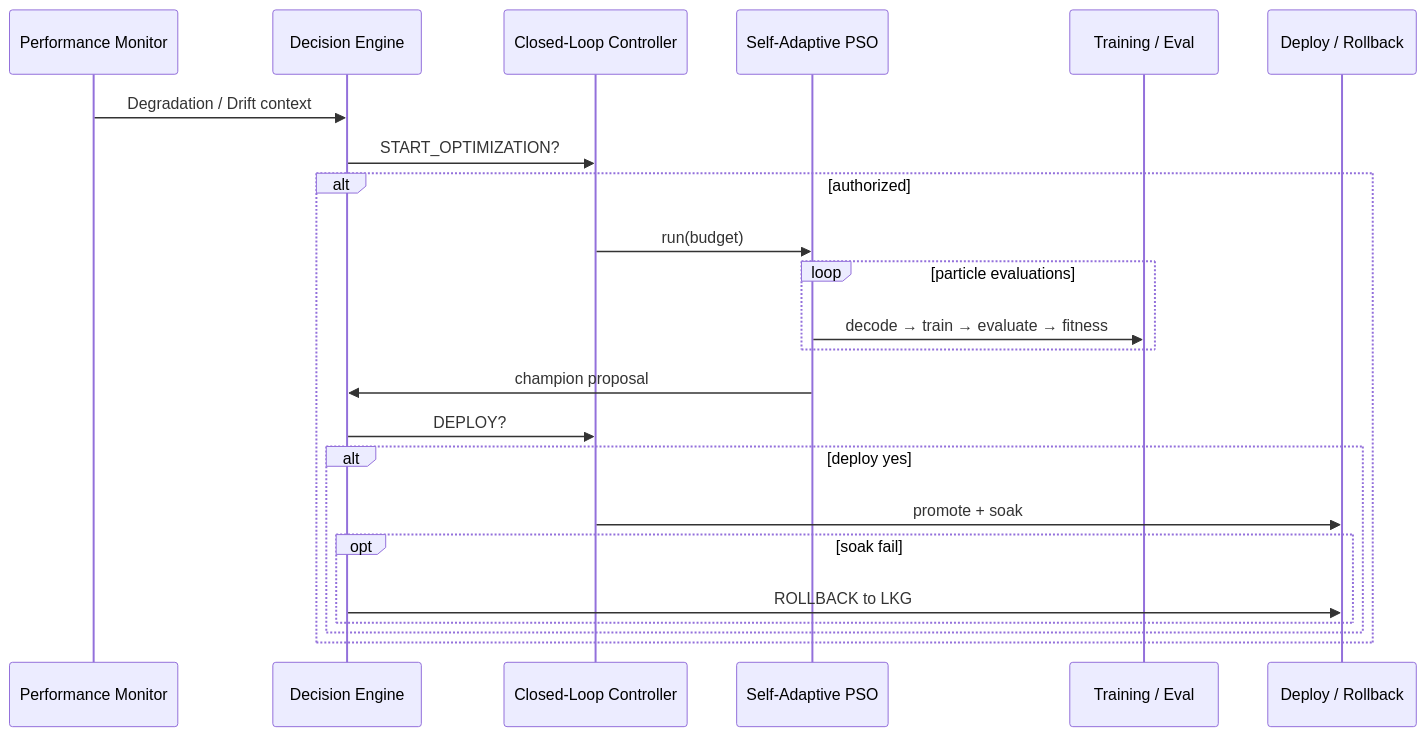
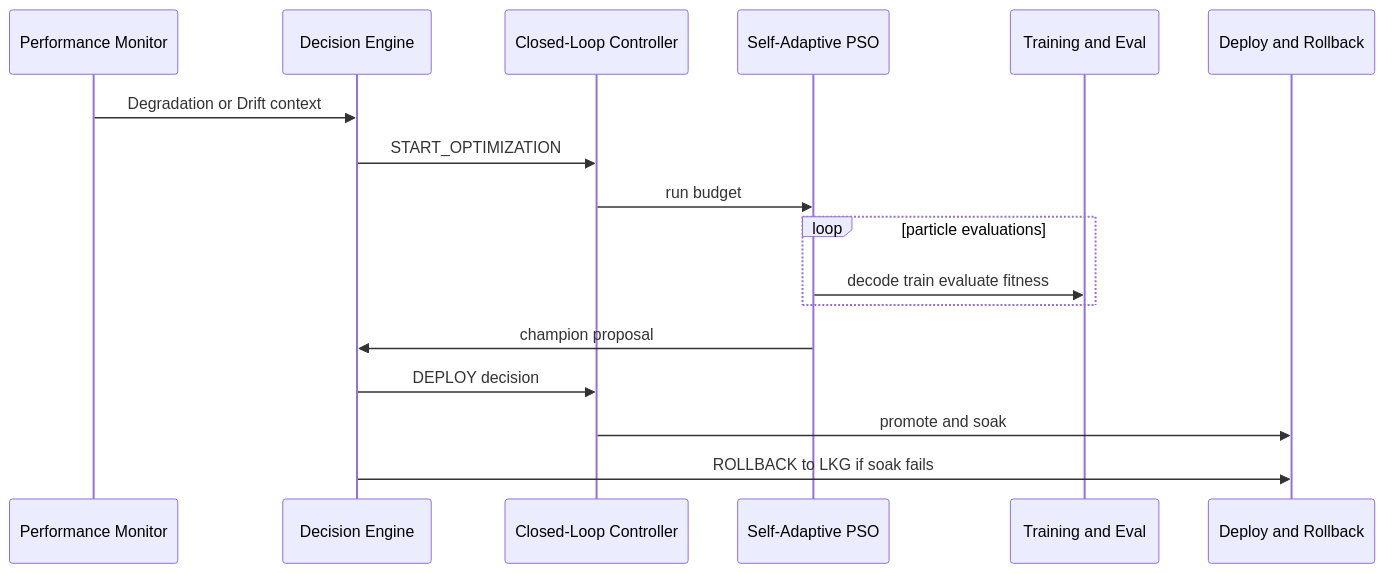
The third of 6 diagrams in README.md (CoderAnush/EvoNAS), drawn with Mermaid before and after one commit. The commit also changed other lines of this file, not shown here.

First line of the commit message:
Fix Mermaid diagrams for GitHub rendering.

````diff
--- a/README.md
+++ b/README.md
@@ -303,26 +303,20 @@
 ```mermaid
 sequenceDiagram
   participant PM as Performance Monitor
   participant DE as Decision Engine
   participant CLC as Closed-Loop Controller
   participant SAPSO as Self-Adaptive PSO
-  participant TE as Training / Eval
-  participant DM as Deploy / Rollback
+  participant TE as Training and Eval
+  participant DM as Deploy and Rollback
 
-  PM->>DE: Degradation / Drift context
-  DE->>CLC: START_OPTIMIZATION?
-  alt authorized
-    CLC->>SAPSO: run(budget)
-    loop particle evaluations
-      SAPSO->>TE: decode → train → evaluate → fitness
-    end
-    SAPSO->>DE: champion proposal
-    DE->>CLC: DEPLOY?
-    alt deploy yes
-      CLC->>DM: promote + soak
-      opt soak fail
-        DE->>DM: ROLLBACK to LKG
-      end
-    end
+  PM->>DE: Degradation or Drift context
+  DE->>CLC: START_OPTIMIZATION
+  CLC->>SAPSO: run budget
+  loop particle evaluations
+    SAPSO->>TE: decode train evaluate fitness
   end
+  SAPSO->>DE: champion proposal
+  DE->>CLC: DEPLOY decision
+  CLC->>DM: promote and soak
+  DE->>DM: ROLLBACK to LKG if soak fails
 ```
````
